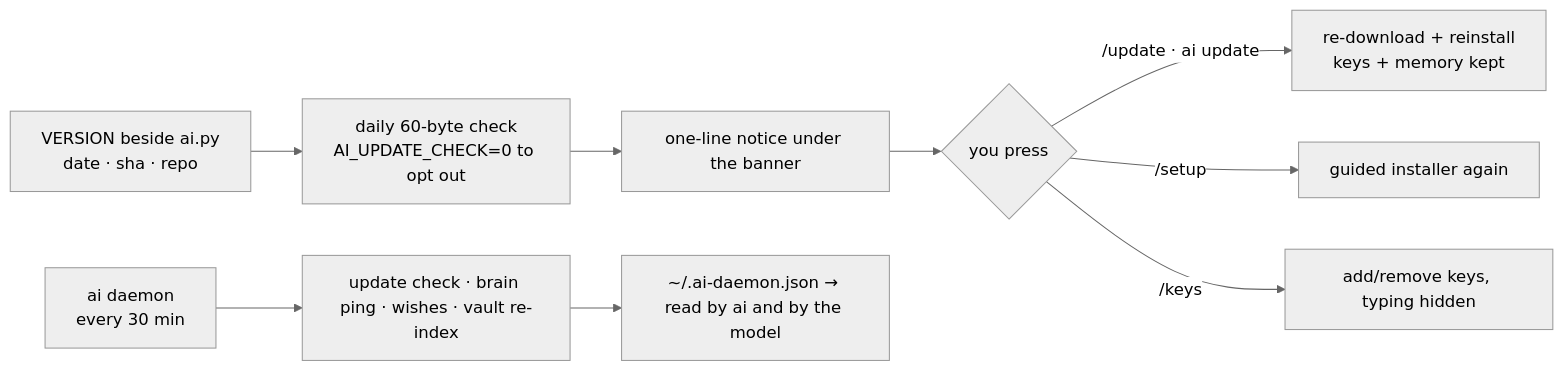
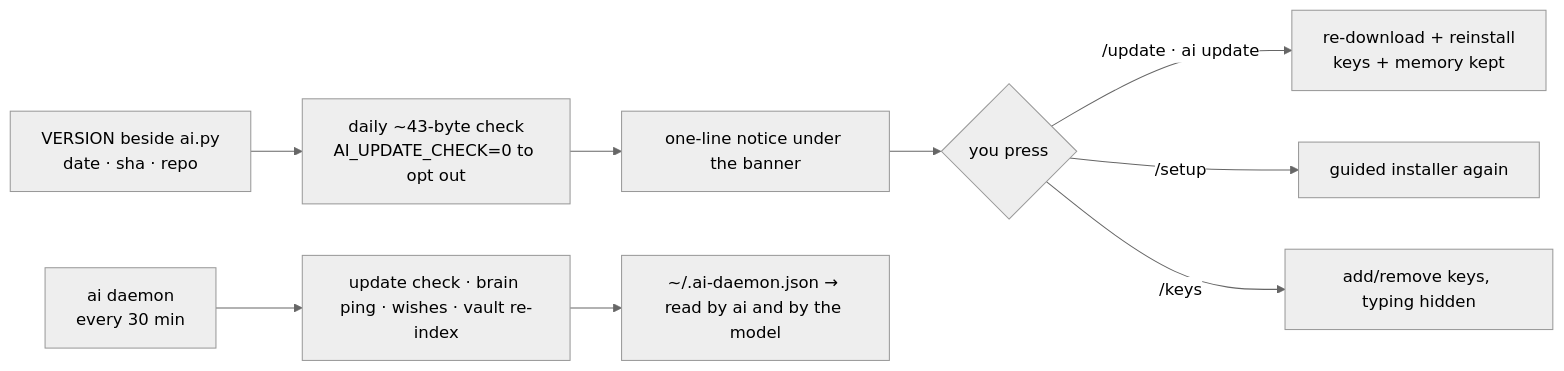
One commit to lakshyamodirocks/aasman changed the third of 3 diagrams in docs/ARCHITECTURE.md. Above: the diagram before and after it, drawn with Mermaid (neutral theme). The commit also changed other lines of this file and 25 other files, not shown here.

````diff
--- a/docs/ARCHITECTURE.md
+++ b/docs/ARCHITECTURE.md
@@ -50,11 +53,11 @@
 ```mermaid
 flowchart LR
-    V[VERSION beside ai.py\ndate · sha · repo] --> U[daily 60-byte check\nAI_UPDATE_CHECK=0 to opt out]
+    V[VERSION beside ai.py\ndate · sha · repo] --> U[daily ~43-byte check\nAI_UPDATE_CHECK=0 to opt out]
     U --> N[one-line notice under the banner]
     N --> Y{you press}
     Y -- "/update · ai update" --> R[re-download + reinstall\nkeys + memory kept]
     Y -- "/setup" --> S[guided installer again]
     Y -- "/keys" --> K[add/remove keys, typing hidden]
     D[ai daemon\nevery 30 min] --> W[update check · brain ping · wishes · vault re-index]
     W --> J[~/.ai-daemon.json → read by ai and by the model]
 ```
````
